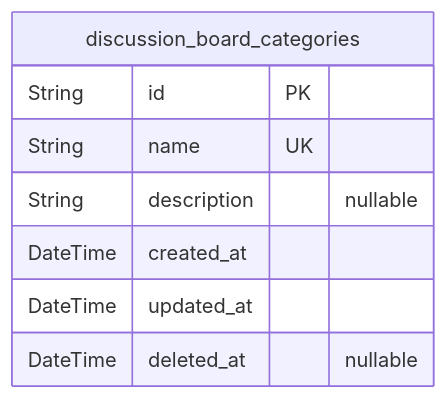
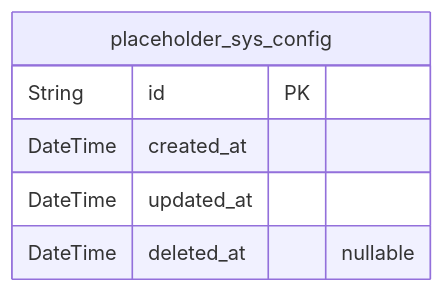
Before and after one commit to wrtnlabs/autobe-examples: the first of 3 diagrams in openai/gpt-4.1-mini/bbs/docs/ERD.md, drawn with Mermaid. The commit also changed other lines of this file and 16146 other files, not shown here.

````diff
--- a/openai/gpt-4.1-mini/bbs/docs/ERD.md
+++ b/openai/gpt-4.1-mini/bbs/docs/ERD.md
@@ -12,11 +11,9 @@
 ```mermaid
 erDiagram
-"discussion_board_categories" {
+"placeholder_sys_config" {
   String id PK
-  String name UK
-  String description "nullable"
   DateTime created_at
   DateTime updated_at
   DateTime deleted_at "nullable"
 }
 ```
````
